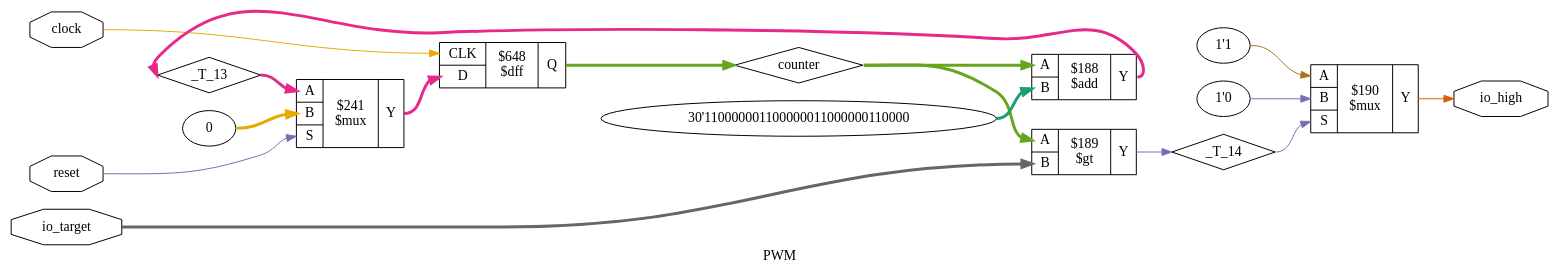
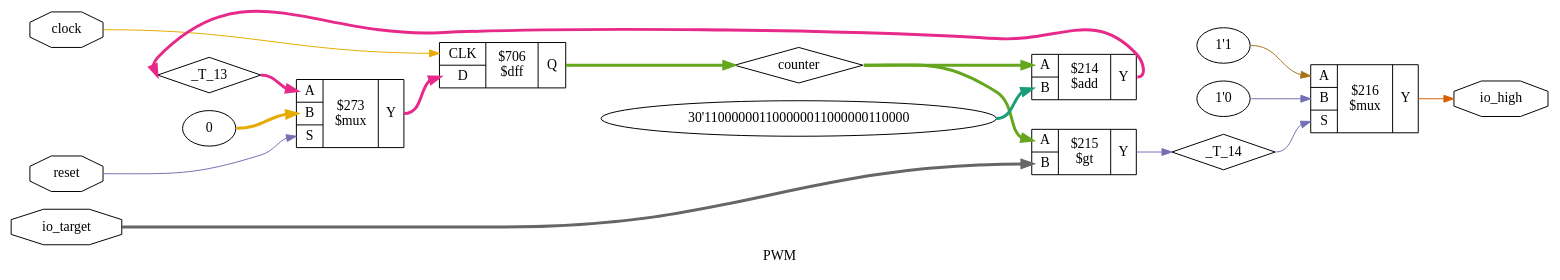
The diagram in graphs/yosys/PWM_opt.dot (TDT4295-2019-groupA/FPGA), drawn with Graphviz before and after one commit. The commit also changed 92 other files, not shown here.

First line of the commit message:
make graphs

```diff
--- a/graphs/yosys/PWM_opt.dot
+++ b/graphs/yosys/PWM_opt.dot
@@ -1,39 +1,39 @@
 digraph "PWM" {
 label="PWM";
 rankdir="LR";
 remincross=true;
 n2 [ shape=diamond, label="_T_13", color="black", fontcolor="black" ];
 n3 [ shape=diamond, label="_T_14", color="black", fontcolor="black" ];
 n4 [ shape=octagon, label="clock", color="black", fontcolor="black" ];
 n5 [ shape=diamond, label="counter", color="black", fontcolor="black" ];
 n6 [ shape=octagon, label="io_high", color="black", fontcolor="black" ];
 n7 [ shape=octagon, label="io_target", color="black", fontcolor="black" ];
 n8 [ shape=octagon, label="reset", color="black", fontcolor="black" ];
 { rank="source"; n4; n7; n8;}
 { rank="sink"; n6;}
 v0 [ label="30'110000001100000011000000110000" ];
-c12 [ shape=record, label="{{<p9> A|<p10> B}|$188\n$add|{<p11> Y}}" ];
-c13 [ shape=record, label="{{<p9> A|<p10> B}|$189\n$gt|{<p11> Y}}" ];
-c17 [ shape=record, label="{{<p14> CLK|<p15> D}|$648\n$dff|{<p16> Q}}" ];
+c12 [ shape=record, label="{{<p9> A|<p10> B}|$214\n$add|{<p11> Y}}" ];
+c13 [ shape=record, label="{{<p9> A|<p10> B}|$215\n$gt|{<p11> Y}}" ];
+c17 [ shape=record, label="{{<p14> CLK|<p15> D}|$706\n$dff|{<p16> Q}}" ];
 v1 [ label="0" ];
-c19 [ shape=record, label="{{<p9> A|<p10> B|<p18> S}|$241\n$mux|{<p11> Y}}" ];
+c19 [ shape=record, label="{{<p9> A|<p10> B|<p18> S}|$273\n$mux|{<p11> Y}}" ];
 v2 [ label="1'1" ];
 v3 [ label="1'0" ];
-c20 [ shape=record, label="{{<p9> A|<p10> B|<p18> S}|$190\n$mux|{<p11> Y}}" ];
+c20 [ shape=record, label="{{<p9> A|<p10> B|<p18> S}|$216\n$mux|{<p11> Y}}" ];
 c19:p11:e -> c17:p15:w [colorscheme="dark28", color="4", fontcolor="4", style="setlinewidth(3)", label=""];
 c12:p11:e -> n2:w [colorscheme="dark28", color="4", fontcolor="4", style="setlinewidth(3)", label=""];
 n2:e -> c19:p9:w [colorscheme="dark28", color="4", fontcolor="4", style="setlinewidth(3)", label=""];
 c13:p11:e -> n3:w [colorscheme="dark28", color="3", fontcolor="3", label=""];
 n3:e -> c20:p18:w [colorscheme="dark28", color="3", fontcolor="3", label=""];
 n4:e -> c17:p14:w [colorscheme="dark28", color="6", fontcolor="6", label=""];
 c17:p16:e -> n5:w [colorscheme="dark28", color="5", fontcolor="5", style="setlinewidth(3)", label=""];
 n5:e -> c12:p9:w [colorscheme="dark28", color="5", fontcolor="5", style="setlinewidth(3)", label=""];
 n5:e -> c13:p9:w [colorscheme="dark28", color="5", fontcolor="5", style="setlinewidth(3)", label=""];
 c20:p11:e -> n6:w [colorscheme="dark28", color="2", fontcolor="2", label=""];
 n7:e -> c13:p10:w [colorscheme="dark28", color="8", fontcolor="8", style="setlinewidth(3)", label=""];
 n8:e -> c19:p18:w [colorscheme="dark28", color="3", fontcolor="3", label=""];
 v0:e -> c12:p10:w [colorscheme="dark28", color="1", fontcolor="1", style="setlinewidth(3)", label=""];
 v1:e -> c19:p10:w [colorscheme="dark28", color="6", fontcolor="6", style="setlinewidth(3)", label=""];
 v2:e -> c20:p9:w [colorscheme="dark28", color="7", fontcolor="7", label=""];
 v3:e -> c20:p10:w [colorscheme="dark28", color="3", fontcolor="3", label=""];
 }
```
